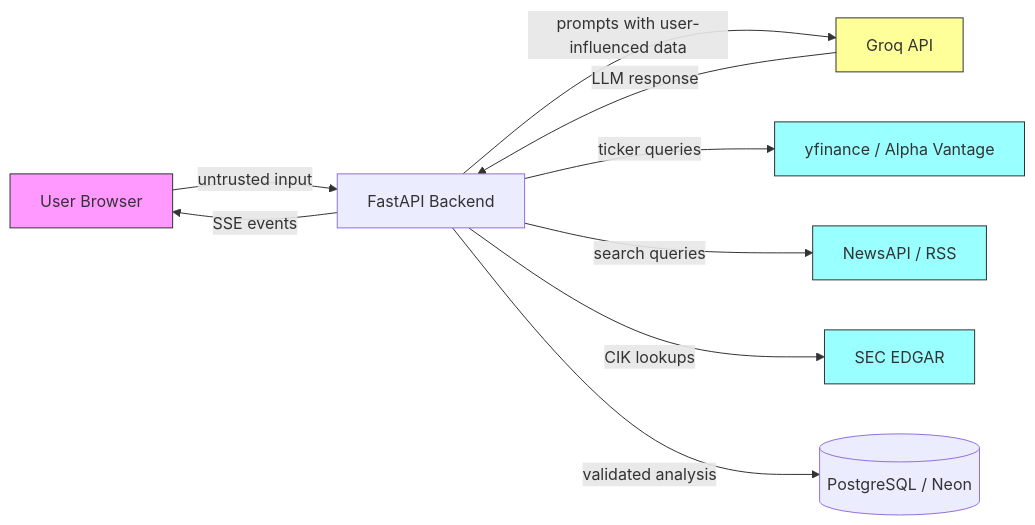
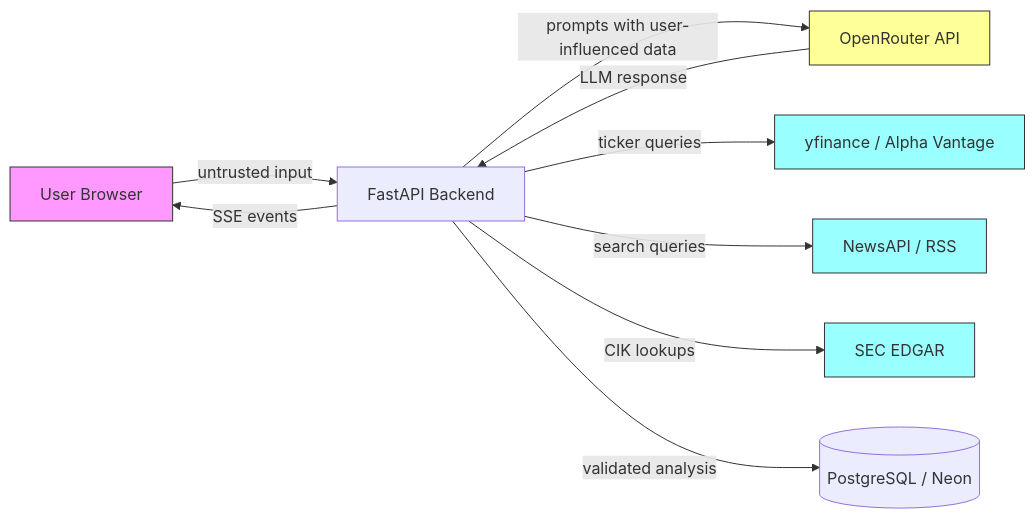
One commit to cl-xy/ai-investment-analyst changed the diagram in docs/AI_SECURITY_POSTURE.md. Above: the diagram before and after it, drawn with Mermaid. The commit also changed other lines of this file and 48 other files, not shown here.

````diff
--- a/docs/AI_SECURITY_POSTURE.md
+++ b/docs/AI_SECURITY_POSTURE.md
@@ -21,17 +21,17 @@
 ```mermaid
 graph LR
     U[User Browser] -->|untrusted input| BE[FastAPI Backend]
-    BE -->|prompts with user-influenced data| GROQ[Groq API]
+    BE -->|prompts with user-influenced data| OR[OpenRouter API]
     BE -->|ticker queries| MKT[yfinance / Alpha Vantage]
     BE -->|search queries| NEWS[NewsAPI / RSS]
     BE -->|CIK lookups| SEC[SEC EDGAR]
     BE -->|validated analysis| PG[(PostgreSQL / Neon)]
     BE -->|SSE events| U
-    GROQ -->|LLM response| BE
+    OR -->|LLM response| BE
 
     style U fill:#f9f,stroke:#333
-    style GROQ fill:#ff9,stroke:#333
+    style OR fill:#ff9,stroke:#333
     style MKT fill:#9ff,stroke:#333
     style NEWS fill:#9ff,stroke:#333
     style SEC fill:#9ff,stroke:#333
 ```
````
